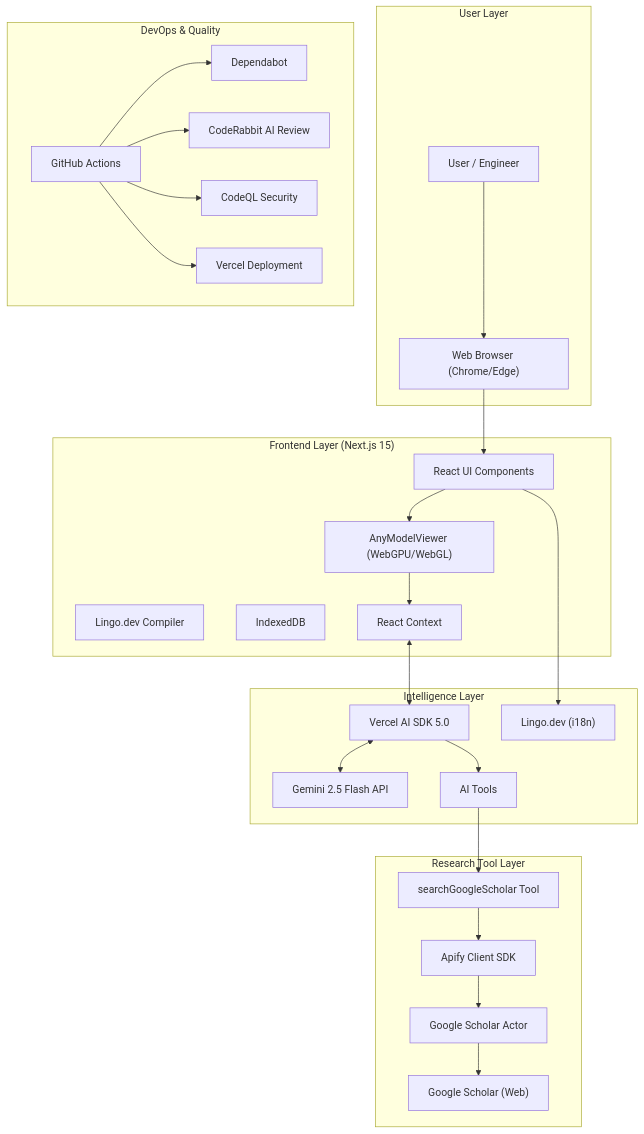
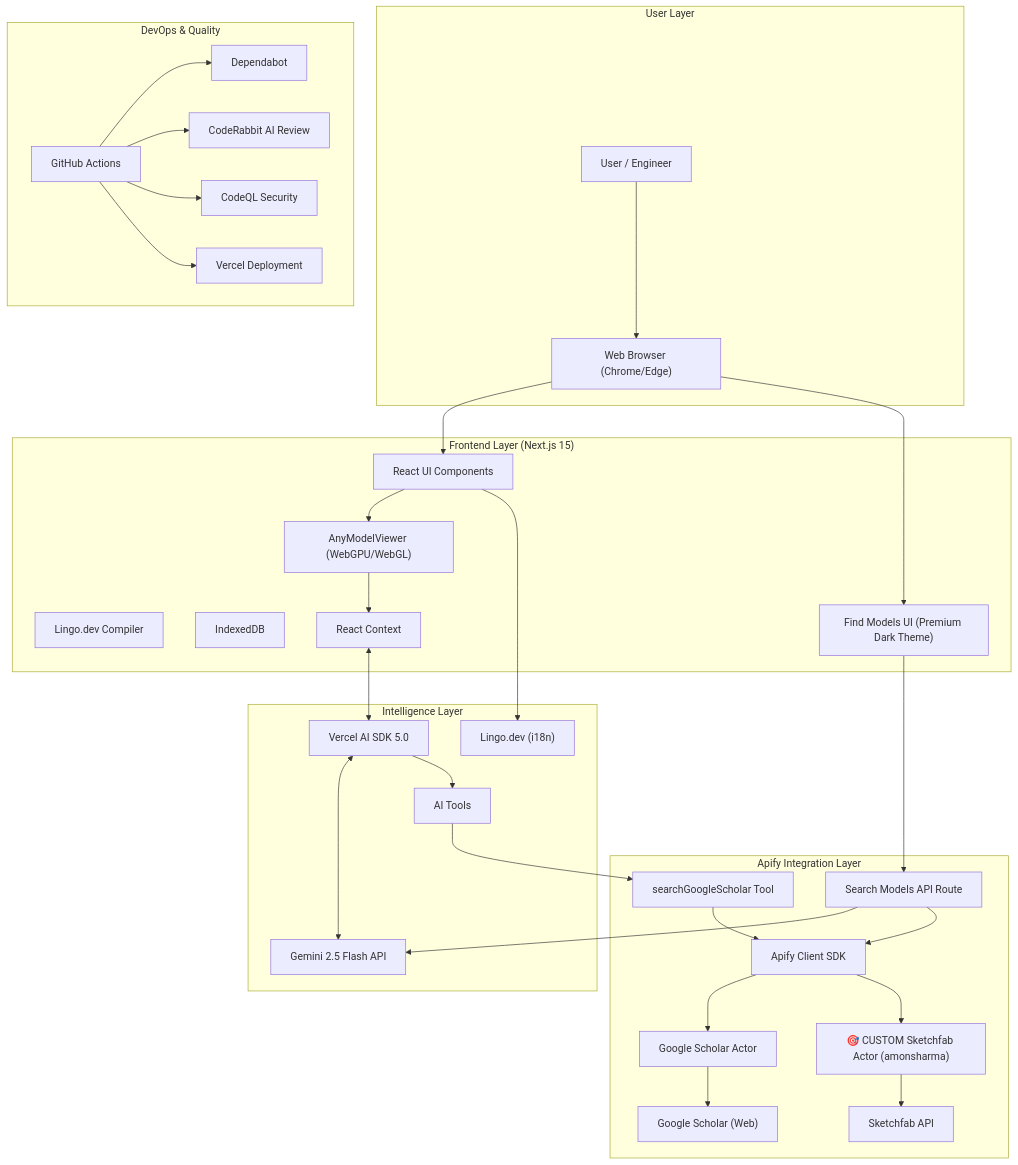
One commit to Amon20044/3D-AI-Three21 changed the first of 6 diagrams in README.md. Above: the diagram before and after it, drawn with Mermaid. The commit also changed other lines of this file and 31 other files, not shown here.

````diff
--- a/README.md
+++ b/README.md
@@ -220,54 +225,64 @@
 ```mermaid
 graph TD
     subgraph "User Layer"
         User["User / Engineer"]
         Browser["Web Browser (Chrome/Edge)"]
     end
 
     subgraph "Frontend Layer (Next.js 15)"
         Internationalization["Lingo.dev Compiler"]
         ClientStorage["IndexedDB"]
         UI["React UI Components"]
+        FindModels["Find Models UI (Premium Dark Theme)"]
         Viewer["AnyModelViewer (WebGPU/WebGL)"]
         State["React Context"]
     end
 
     subgraph "Intelligence Layer"
         AI_SDK["Vercel AI SDK 5.0"]
         Gemini["Gemini 2.5 Flash API"]
         Lingo["Lingo.dev (i18n)"]
         Tools["AI Tools"]
     end
 
-    subgraph "Research Tool Layer"
+    subgraph "Apify Integration Layer"
         ScholarTool["searchGoogleScholar Tool"]
+        SearchAPI["Search Models API Route"]
         ApifyClient["Apify Client SDK"]
-        Actor["Google Scholar Actor"]
+        ScholarActor["Google Scholar Actor"]
+        SketchfabActor["🎯 CUSTOM Sketchfab Actor (amonsharma)"]
         ScholarAPI["Google Scholar (Web)"]
+        SketchfabAPI["Sketchfab API"]
     end
 
     subgraph "DevOps & Quality"
         GitHub["GitHub Actions"]
         Dependabot["Dependabot"]
         CodeRabbitDev["CodeRabbit AI Review"]
         CodeQL["CodeQL Security"]
         Vercel["Vercel Deployment"]
     end
 
     User --> Browser
     Browser --> UI
+    Browser --> FindModels
     UI --> Viewer
     Viewer --> State
     State <--> AI_SDK
     AI_SDK <--> Gemini
     AI_SDK --> Tools
     Tools --> ScholarTool
+    FindModels --> SearchAPI
+    SearchAPI --> Gemini
+    SearchAPI --> ApifyClient
     ScholarTool --> ApifyClient
-    ApifyClient --> Actor
-    Actor --> ScholarAPI
+    ApifyClient --> ScholarActor
+    ApifyClient --> SketchfabActor
+    ScholarActor --> ScholarAPI
+    SketchfabActor --> SketchfabAPI
     UI --> Lingo
     GitHub --> Dependabot
     GitHub --> CodeRabbitDev
     GitHub --> CodeQL
     GitHub --> Vercel
 ```
````
